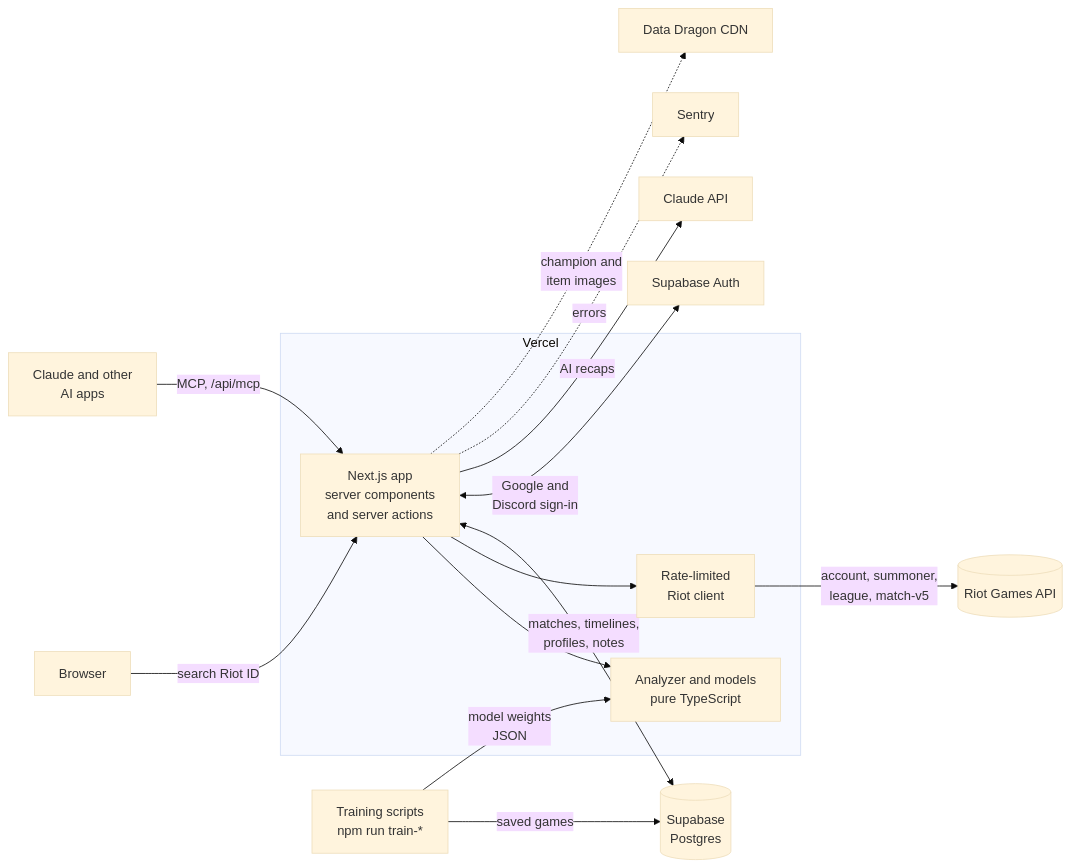
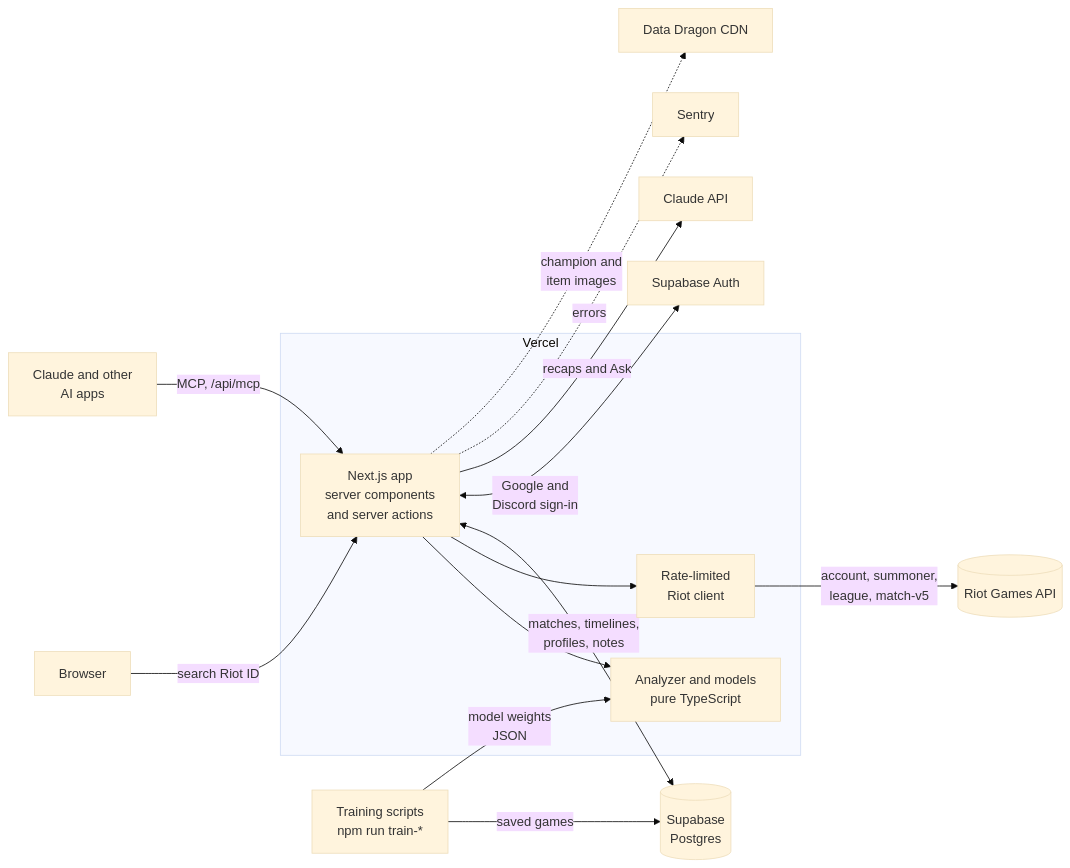
The diagram in README.md (Jaspyplayz/League-Web-App), drawn with Mermaid (base theme) before and after one commit. The commit also changed other lines of this file and 10 other files, not shown here.

````diff
--- a/README.md
+++ b/README.md
@@ -113,22 +118,22 @@
 ```mermaid
 flowchart LR
     U[Browser] -->|search Riot ID| N
     AI[Claude and other<br/>AI apps] -->|MCP, /api/mcp| N
 
     subgraph V[Vercel]
         N[Next.js app<br/>server components<br/>and server actions]
         A[Analyzer and models<br/>pure TypeScript]
         Q[Rate-limited<br/>Riot client]
         N --> A
         N --> Q
     end
 
     Q -->|account, summoner,<br/>league, match-v5| R[(Riot Games API)]
     N <-->|matches, timelines,<br/>profiles, notes| DB[(Supabase<br/>Postgres)]
     N <-->|Google and<br/>Discord sign-in| AU[Supabase Auth]
     T[Training scripts<br/>npm run train-*] -->|saved games| DB
     T -->|model weights<br/>JSON| A
-    N -->|AI recaps| CL[Claude API]
+    N -->|recaps and Ask| CL[Claude API]
     N -.->|errors| S[Sentry]
     N -.->|champion and<br/>item images| DD[Data Dragon CDN]
 ```
````
